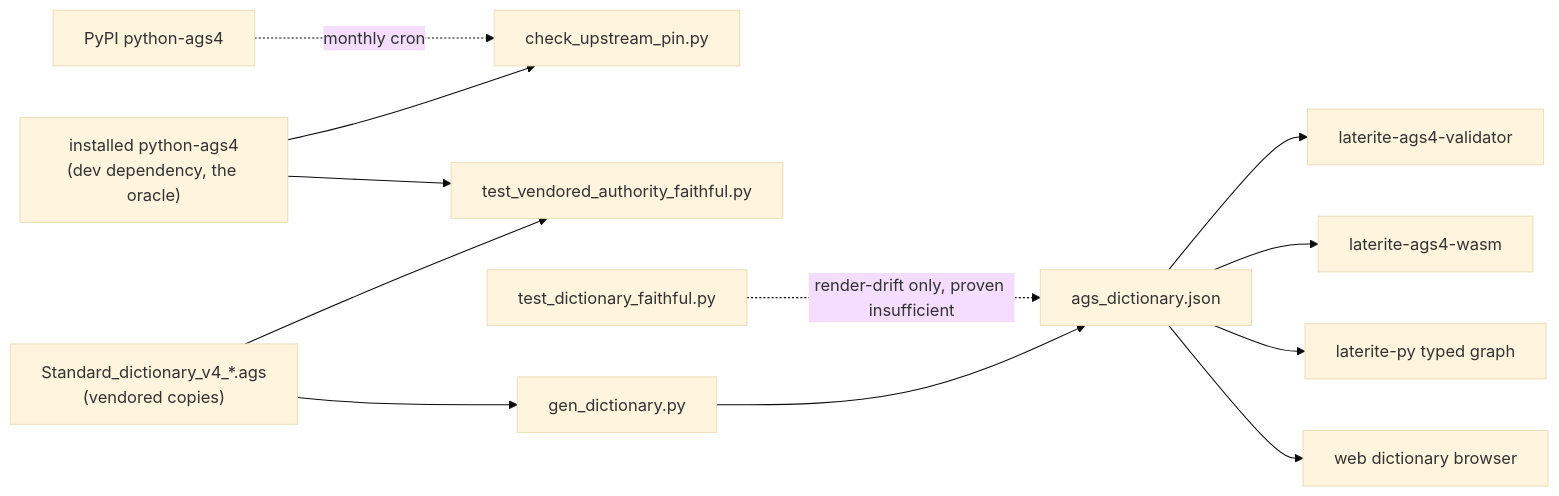
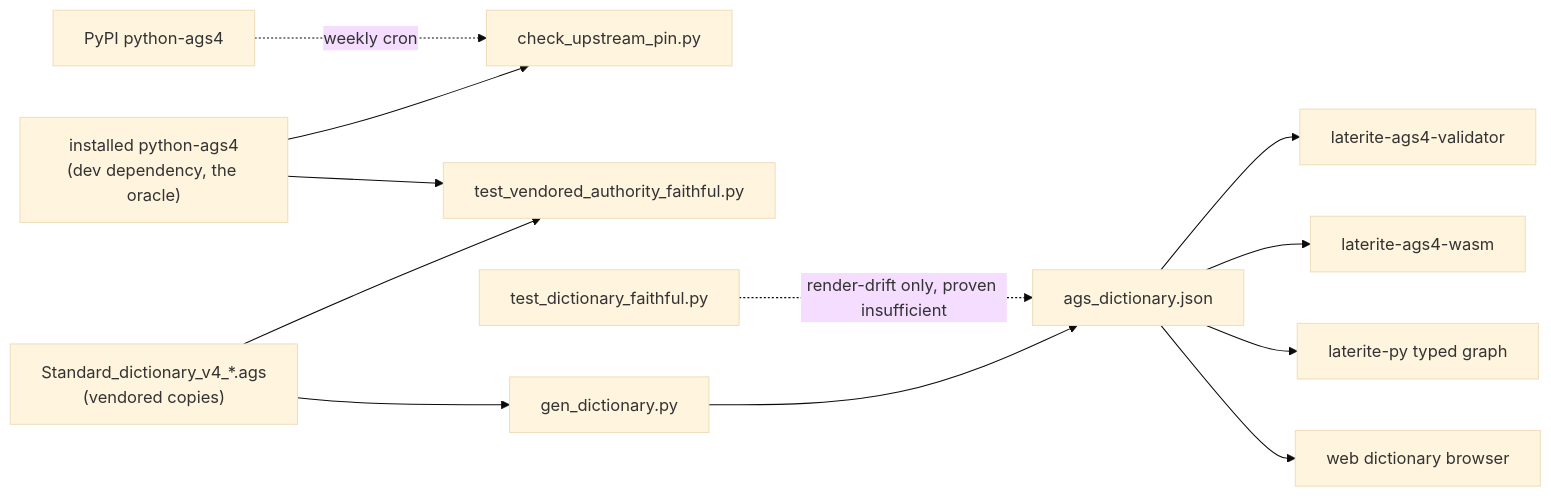
Before and after one commit to niko86/laterite: the diagram in ags-wiki/tools/vendored-authority-faithful.md, drawn with Mermaid (base theme). The commit also changed other lines of this file and 22 other files, not shown here.

````diff
--- a/ags-wiki/tools/vendored-authority-faithful.md
+++ b/ags-wiki/tools/vendored-authority-faithful.md
@@ -127,14 +127,14 @@
 ```mermaid
 flowchart LR
-  pypi[PyPI python-ags4] -.monthly cron.-> pin[check_upstream_pin.py]
+  pypi[PyPI python-ags4] -.weekly cron.-> pin[check_upstream_pin.py]
   venv["installed python-ags4<br/>(dev dependency, the oracle)"] --> pin
   venv --> gate[test_vendored_authority_faithful.py]
   vendored["Standard_dictionary_v4_*.ags<br/>(vendored copies)"] --> gate
   old[test_dictionary_faithful.py] -.render-drift only, proven insufficient.-> union
   vendored --> gendict[gen_dictionary.py]
   gendict --> union[ags_dictionary.json]
   union --> validator[laterite-ags4-validator]
   union --> wasm[laterite-ags4-wasm]
   union --> typedgraph[laterite-py typed graph]
   union --> web[web dictionary browser]
 ```
````
